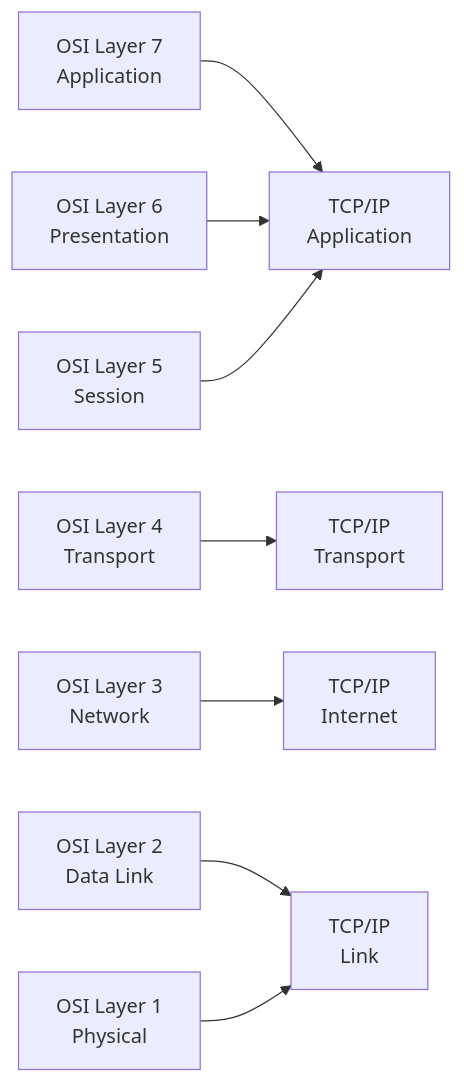
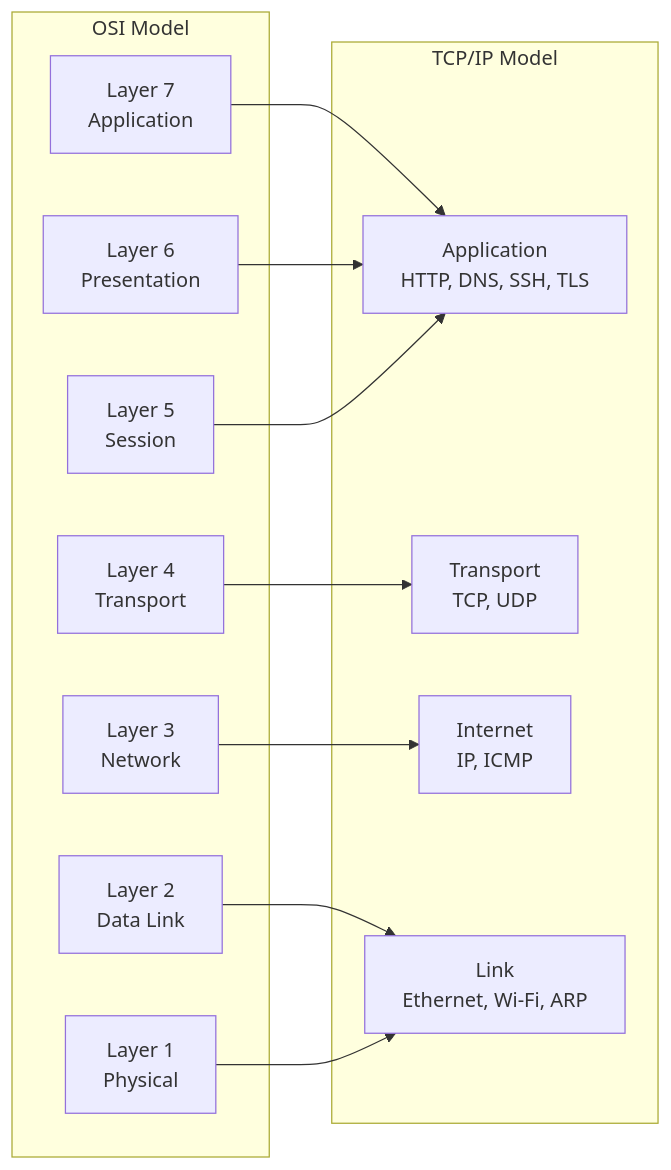
Before and after one commit to ShasidharReddy/Linux: the second of 16 diagrams in 03-Networking/01-fundamentals.md, drawn with Mermaid. The commit also changed other lines of this file and 25 other files, not shown here.

First line of the commit message:
docs: visual protocol guides with diagrams & educational images (#3)

````diff
--- a/03-Networking/01-fundamentals.md
+++ b/03-Networking/01-fundamentals.md
@@ -83,10 +389,25 @@
 ```mermaid
 graph LR
-    A["OSI Layer 7<br/>Application"] --> T1["TCP/IP<br/>Application"]
-    B["OSI Layer 6<br/>Presentation"] --> T1
-    C["OSI Layer 5<br/>Session"] --> T1
-    D["OSI Layer 4<br/>Transport"] --> T2["TCP/IP<br/>Transport"]
-    E["OSI Layer 3<br/>Network"] --> T3["TCP/IP<br/>Internet"]
-    F["OSI Layer 2<br/>Data Link"] --> T4["TCP/IP<br/>Link"]
-    G["OSI Layer 1<br/>Physical"] --> T4
+    subgraph OSI["OSI Model"]
+        O7["Layer 7<br/>Application"]
+        O6["Layer 6<br/>Presentation"]
+        O5["Layer 5<br/>Session"]
+        O4["Layer 4<br/>Transport"]
+        O3["Layer 3<br/>Network"]
+        O2["Layer 2<br/>Data Link"]
+        O1["Layer 1<br/>Physical"]
+    end
+    subgraph TCPIP["TCP/IP Model"]
+        T4["Application<br/>HTTP, DNS, SSH, TLS"]
+        T3["Transport<br/>TCP, UDP"]
+        T2["Internet<br/>IP, ICMP"]
+        T1["Link<br/>Ethernet, Wi-Fi, ARP"]
+    end
+    O7 --> T4
+    O6 --> T4
+    O5 --> T4
+    O4 --> T3
+    O3 --> T2
+    O2 --> T1
+    O1 --> T1
 ```
````
